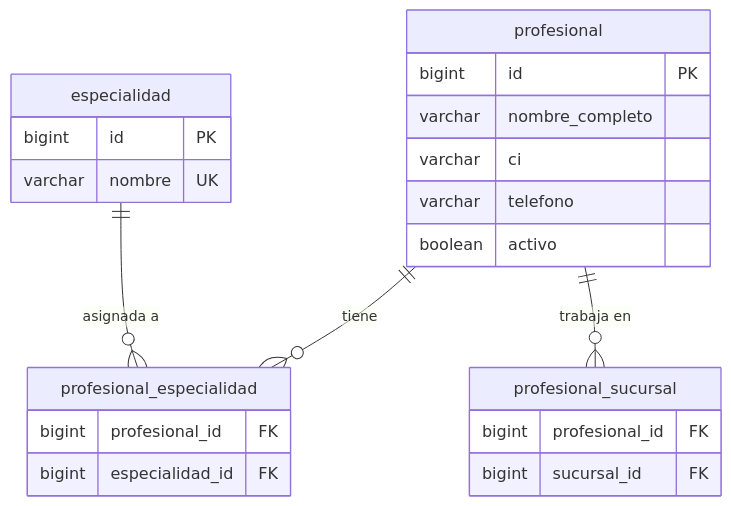
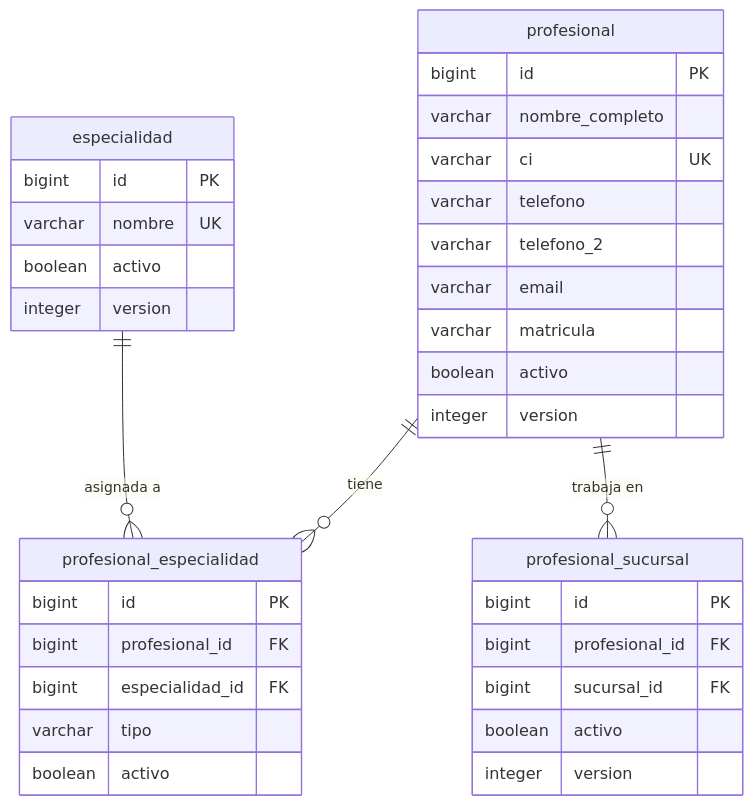
Before and after one commit to Grillo26/SistemaTalitaCumi: the second of 10 diagrams in backend/database/database.md, drawn with Mermaid. The commit also changed other lines of this file and 160 other files, not shown here.

````diff
--- a/backend/database/database.md
+++ b/backend/database/database.md
@@ -134,26 +136,38 @@
 ```mermaid
 erDiagram
     especialidad {
         bigint id PK
         varchar nombre UK
+        boolean activo
+        integer version
     }
     profesional {
         bigint id PK
         varchar nombre_completo
-        varchar ci
+        varchar ci UK
         varchar telefono
+        varchar telefono_2
+        varchar email
+        varchar matricula
+        boolean activo
+        integer version
+    }
+    profesional_especialidad {
+        bigint id PK
+        bigint profesional_id FK
+        bigint especialidad_id FK
+        varchar tipo
         boolean activo
     }
-    profesional_especialidad {
-        bigint profesional_id FK
-        bigint especialidad_id FK
-    }
     profesional_sucursal {
+        bigint id PK
         bigint profesional_id FK
         bigint sucursal_id FK
+        boolean activo
+        integer version
     }
 
     profesional ||--o{ profesional_especialidad : "tiene"
     especialidad ||--o{ profesional_especialidad : "asignada a"
     profesional ||--o{ profesional_sucursal : "trabaja en"
 ```
````
